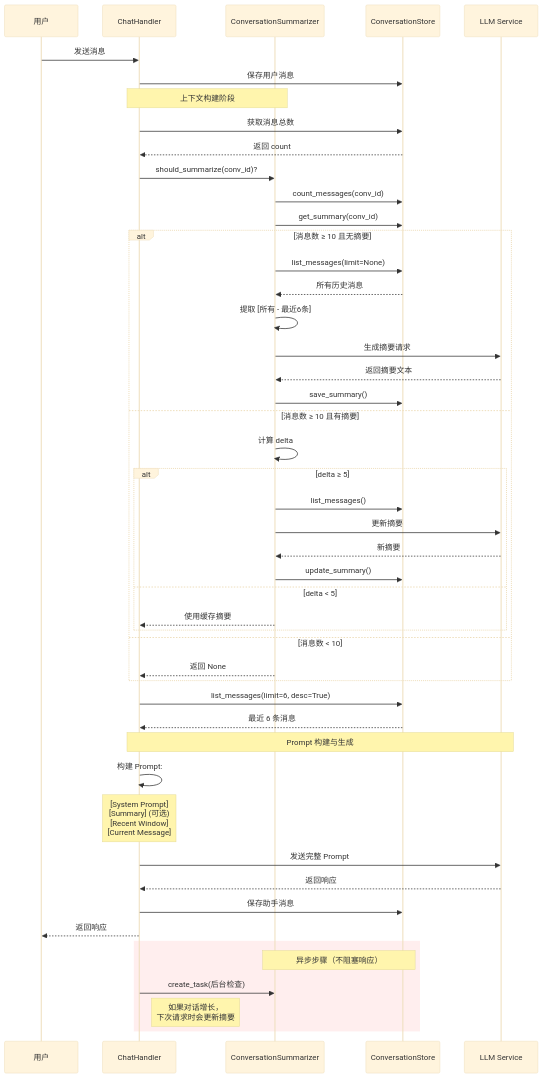
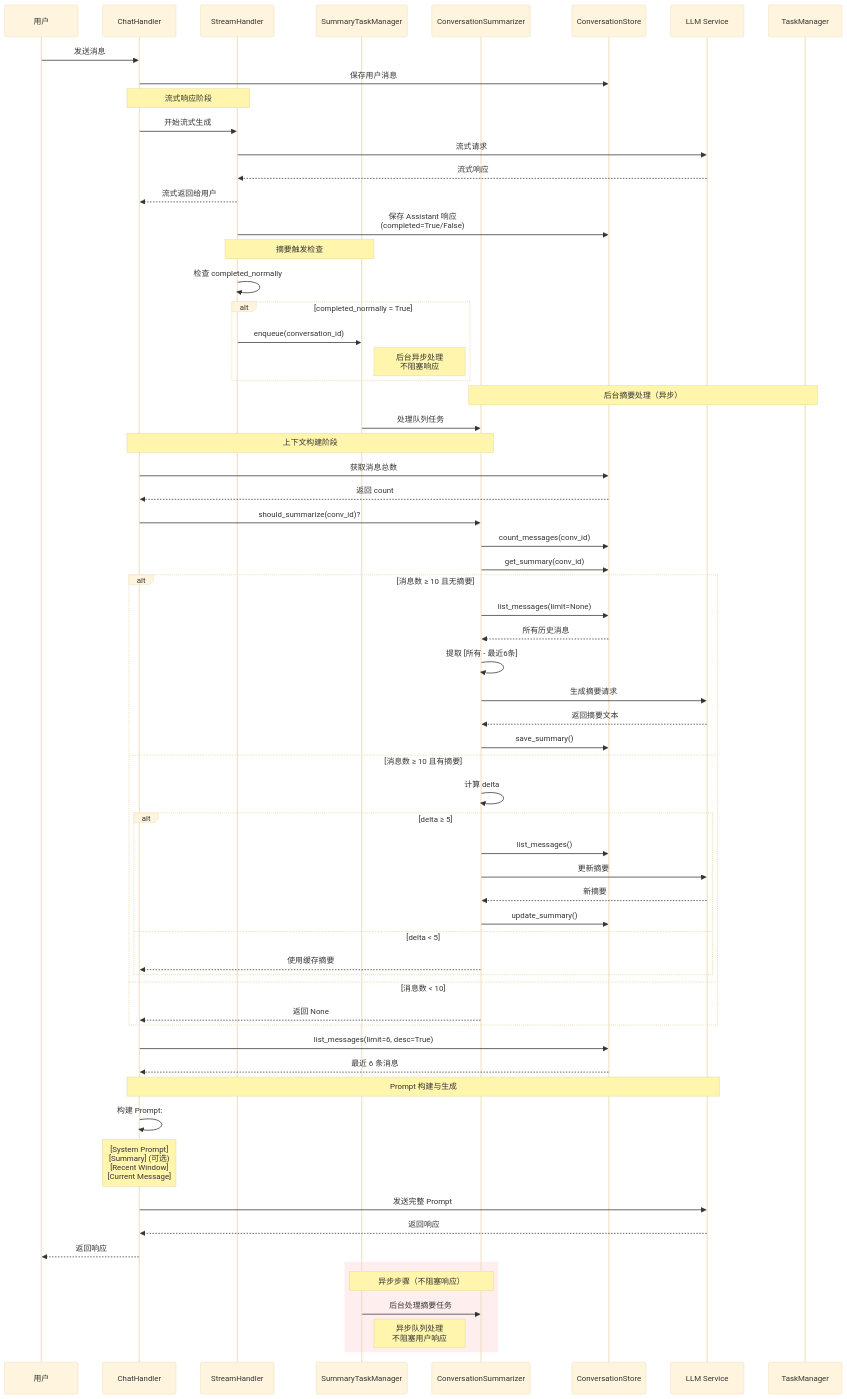
The fifth of 9 diagrams in docs/1.1.4/1.1.4.1/chat-history-evolution.md (stormJun/movie_agent), drawn with Mermaid (base theme) before and after one commit. The commit also changed other lines of this file and 43 other files, not shown here.

````diff
--- a/docs/1.1.4/1.1.4.1/chat-history-evolution.md
+++ b/docs/1.1.4/1.1.4.1/chat-history-evolution.md
@@ -286,59 +1419,77 @@
 ```mermaid
 sequenceDiagram
     participant User as 用户
     participant API as ChatHandler
+    participant Stream as StreamHandler
+    participant TaskMgr as SummaryTaskManager
     participant Summarizer as ConversationSummarizer
     participant DB as ConversationStore
     participant LLM as LLM Service
 
     User->>API: 发送消息
     API->>DB: 保存用户消息
+
+    Note over API,Stream: 流式响应阶段
+    API->>Stream: 开始流式生成
+    Stream->>LLM: 流式请求
+    LLM-->>Stream: 流式响应
+    Stream-->>API: 流式返回给用户
+    Stream->>DB: 保存 Assistant 响应<br/>(completed=True/False)
+
+    Note over Stream,TaskMgr: 摘要触发检查
+    Stream->>Stream: 检查 completed_normally
+    alt completed_normally = True
+        Stream->>TaskMgr: enqueue(conversation_id)
+        Note right of TaskMgr: 后台异步处理<br/>不阻塞响应
+    end
+
+    Note over TaskManager,Summarizer: 后台摘要处理（异步）
+    TaskMgr->>Summarizer: 处理队列任务
 
     Note over API,Summarizer: 上下文构建阶段
     API->>DB: 获取消息总数
     DB-->>API: 返回 count
 
     API->>Summarizer: should_summarize(conv_id)?
     Summarizer->>DB: count_messages(conv_id)
     Summarizer->>DB: get_summary(conv_id)
 
     alt 消息数 ≥ 10 且无摘要
         Summarizer->>DB: list_messages(limit=None)
         DB-->>Summarizer: 所有历史消息
         Summarizer->>Summarizer: 提取 [所有 - 最近6条]
         Summarizer->>LLM: 生成摘要请求
         LLM-->>Summarizer: 返回摘要文本
         Summarizer->>DB: save_summary()
     else 消息数 ≥ 10 且有摘要
         Summarizer->>Summarizer: 计算 delta
         alt delta ≥ 5
             Summarizer->>DB: list_messages()
             Summarizer->>LLM: 更新摘要
             LLM-->>Summarizer: 新摘要
             Summarizer->>DB: update_summary()
         else delta < 5
             Summarizer-->>API: 使用缓存摘要
         end
     else 消息数 < 10
         Summarizer-->>API: 返回 None
     end
 
     API->>DB: list_messages(limit=6, desc=True)
     DB-->>API: 最近 6 条消息
 
     Note over API,LLM: Prompt 构建与生成
     API->>API: 构建 Prompt:
     Note over API: [System Prompt]<br/>[Summary] (可选)<br/>[Recent Window]<br/>[Current Message]
 
     API->>LLM: 发送完整 Prompt
     LLM-->>API: 返回响应
 
-    API->>DB: 保存助手消息
     API-->>User: 返回响应
 
     rect rgba(255, 200, 200, 0.3)
-        Note over Summarizer,DB: 异步步骤（不阻塞响应）
-        API->>Summarizer: create_task(后台检查)
-        Note right of API: 如果对话增长，<br/>下次请求时会更新摘要
+        Note over TaskMgr,Summarizer: 异步步骤（不阻塞响应）
+        TaskMgr->>Summarizer: 后台处理摘要任务
+        Note right of TaskMgr: 异步队列处理<br/>不阻塞用户响应
     end
 ```
````
